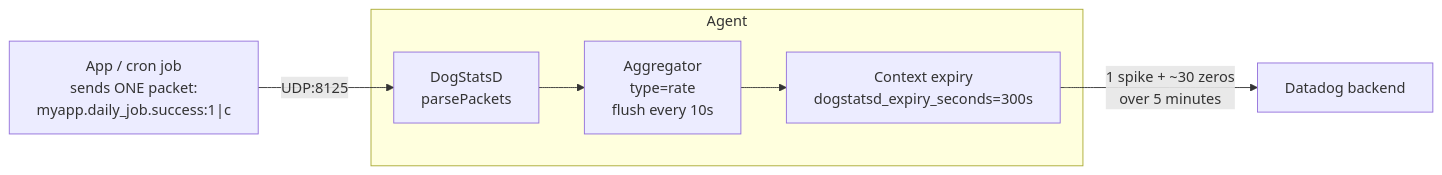
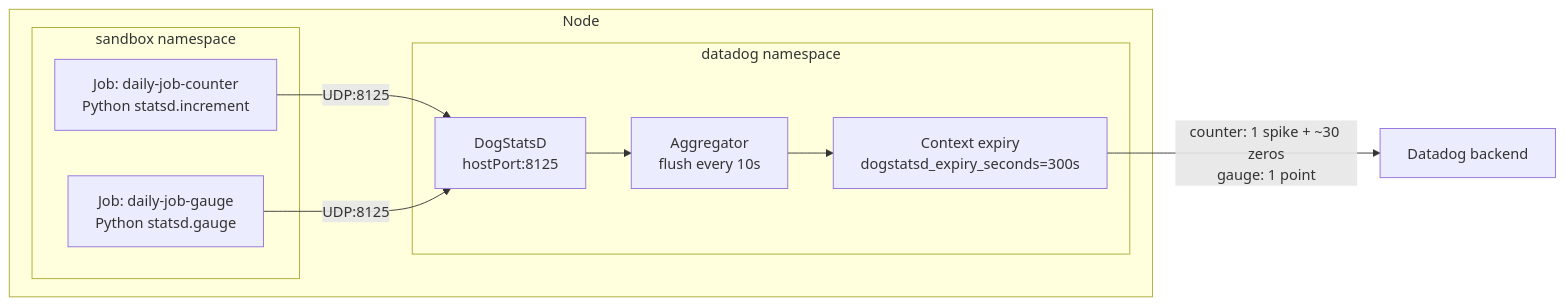
The diagram in bugs/dogstatsd-counter-trailing-zeros/README.md (ddalexvea/datadog-sandboxes-by-ai), drawn with Mermaid before and after one commit. The commit also changed other lines of this file, not shown here.

````diff
--- a/bugs/dogstatsd-counter-trailing-zeros/README.md
+++ b/bugs/dogstatsd-counter-trailing-zeros/README.md
@@ -38,10 +44,17 @@
 ```mermaid
 graph LR
-    App["App / cron job<br/>sends ONE packet:<br/>myapp.daily_job.success:1|c"] -->|UDP:8125| D
-    subgraph Agent
-      D[DogStatsD<br/>parsePackets]
-      D --> Agg[Aggregator<br/>type=rate<br/>flush every 10s]
-      Agg --> Exp[Context expiry<br/>dogstatsd_expiry_seconds=300s]
+    subgraph "Node"
+        subgraph "sandbox namespace"
+          C[Job: daily-job-counter<br/>Python statsd.increment]
+          G[Job: daily-job-gauge<br/>Python statsd.gauge]
+        end
+        subgraph "datadog namespace"
+          D[DogStatsD<br/>hostPort:8125]
+          D --> Agg[Aggregator<br/>flush every 10s]
+          Agg --> Exp[Context expiry<br/>dogstatsd_expiry_seconds=300s]
+        end
+        C -->|UDP:8125| D
+        G -->|UDP:8125| D
     end
-    Exp -->|"1 spike + ~30 zeros<br/>over 5 minutes"| Backend[Datadog backend]
+    Exp -->|"counter: 1 spike + ~30 zeros<br/>gauge: 1 point"| Backend[Datadog backend]
 ```
````
